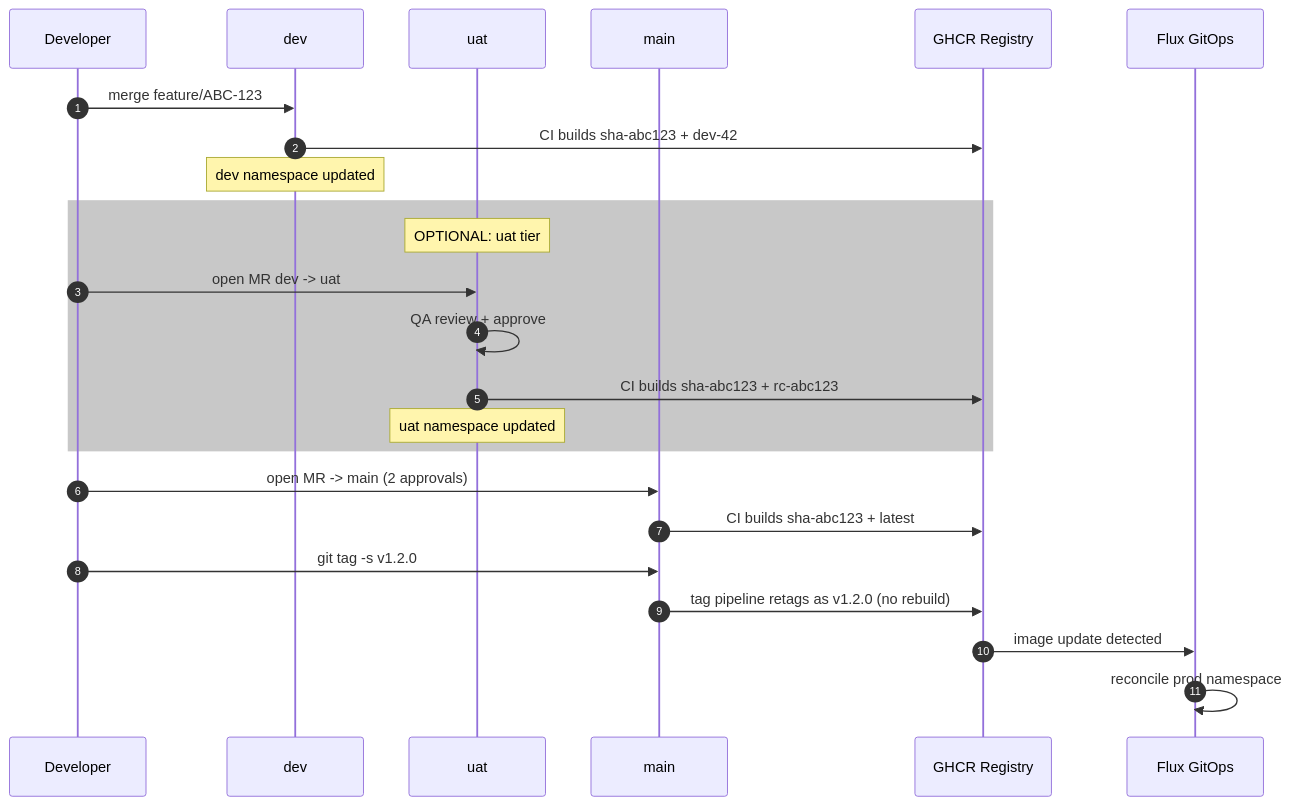
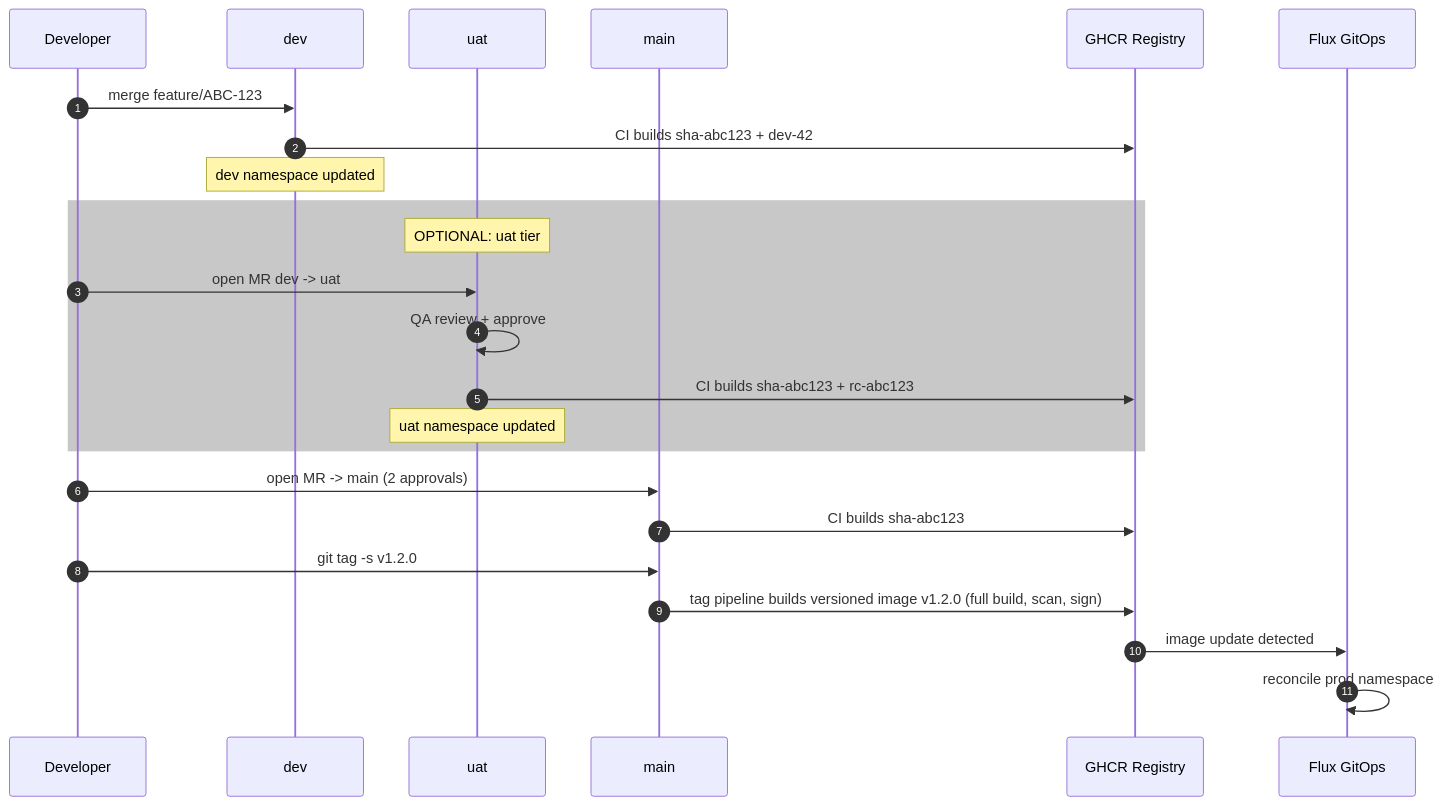
The second of 7 diagrams in docs/platform/gitflow.md (duynhlab/homelab), drawn with Mermaid before and after one commit. The commit also changed other lines of this file and 2 other files, not shown here.

First line of the commit message:
docs(ci): build versioned image on v* tag, drop :latest, keyless binary release (#396)

````diff
--- a/docs/platform/gitflow.md
+++ b/docs/platform/gitflow.md
@@ -82,29 +82,29 @@
 ```mermaid
 sequenceDiagram
     autonumber
     participant Dev as Developer
     participant DevBranch as dev
     participant UAT as uat
     participant Main as main
     participant GHCR as GHCR Registry
     participant Flux as Flux GitOps
 
     Dev->>DevBranch: merge feature/ABC-123
     DevBranch->>GHCR: CI builds sha-abc123 + dev-42
     Note over DevBranch: dev namespace updated
 
     rect rgb(200, 200, 200)
         Note over UAT: OPTIONAL: uat tier
         Dev->>UAT: open MR dev -> uat
         UAT->>UAT: QA review + approve
         UAT->>GHCR: CI builds sha-abc123 + rc-abc123
         Note over UAT: uat namespace updated
     end
 
     Dev->>Main: open MR -> main (2 approvals)
-    Main->>GHCR: CI builds sha-abc123 + latest
+    Main->>GHCR: CI builds sha-abc123
     Dev->>Main: git tag -s v1.2.0
-    Main->>GHCR: tag pipeline retags as v1.2.0 (no rebuild)
+    Main->>GHCR: tag pipeline builds versioned image v1.2.0 (full build, scan, sign)
     GHCR->>Flux: image update detected
     Flux->>Flux: reconcile prod namespace
 ```
````
